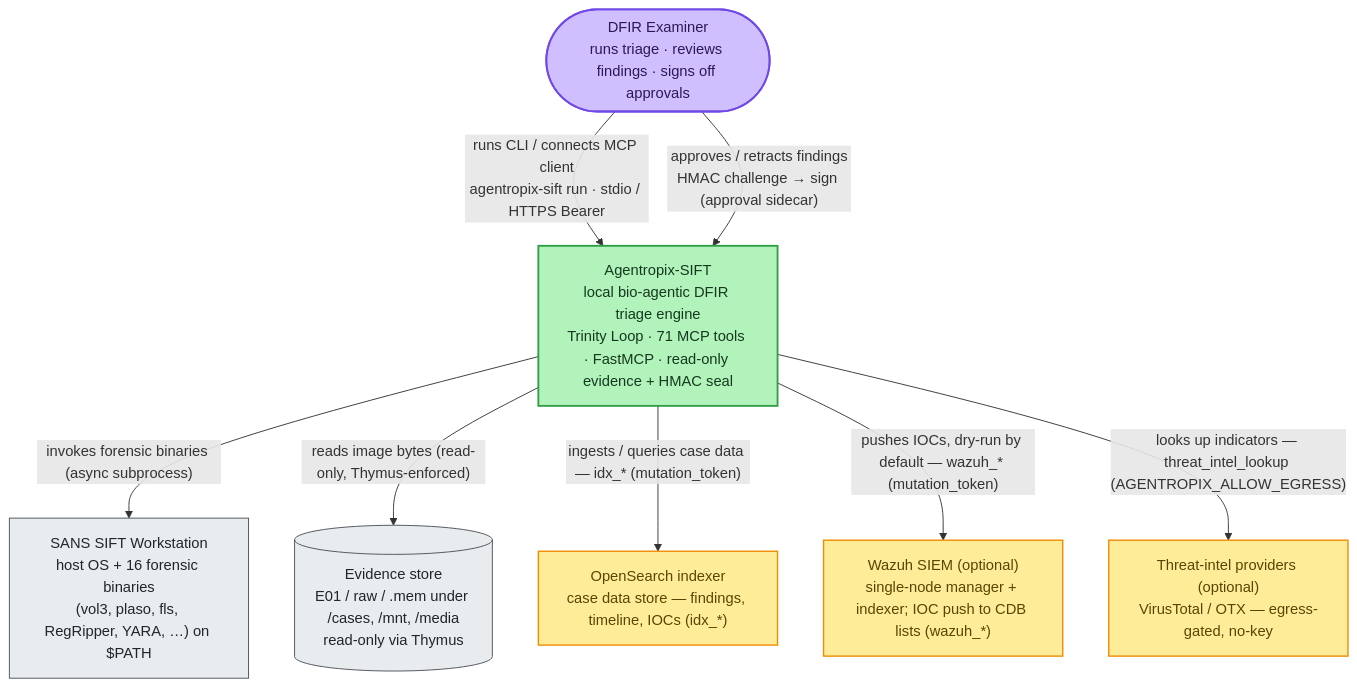
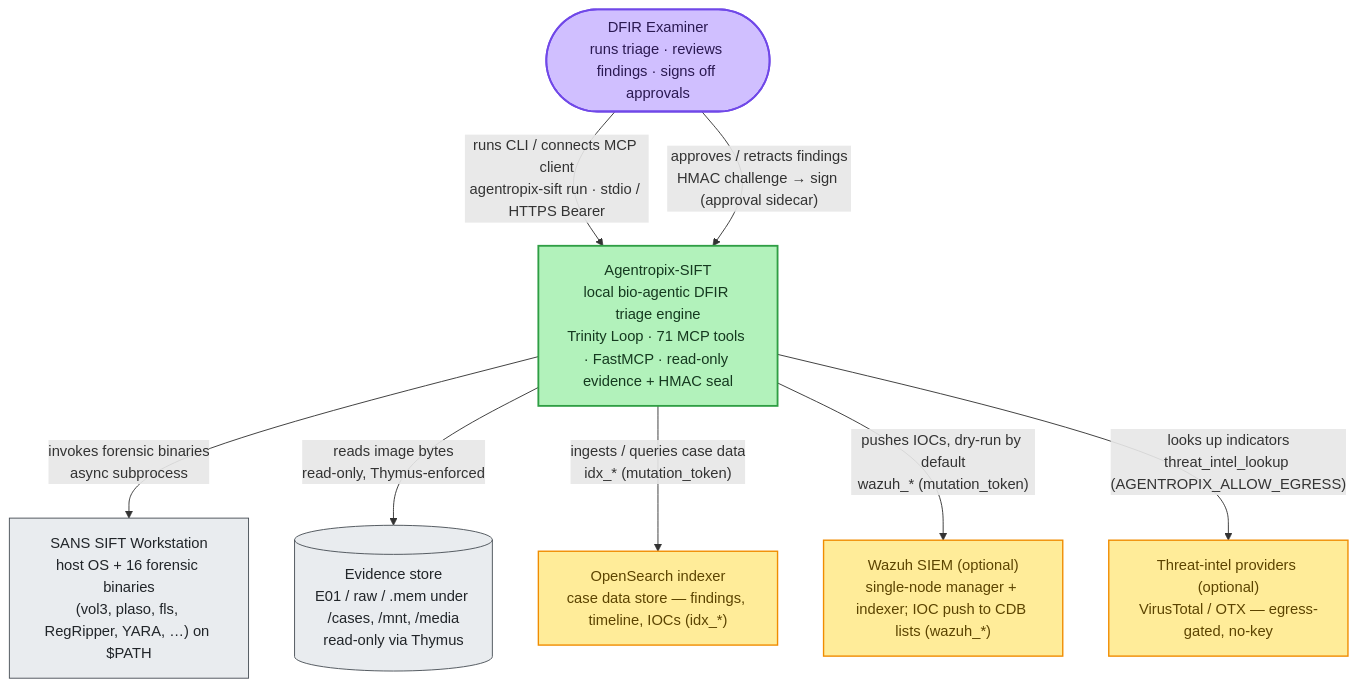
One commit to galvangabriel-web/agentropix-mcp changed the first of 3 diagrams in docs/02-architecture/system-context-c4.md. Above: the diagram before and after it, drawn with Mermaid. The commit also changed other lines of this file and 20 other files, not shown here.

First line of the commit message:
Diagram readability pass (workflow): redesign diagrams for size/clarity + audit log

````diff
--- a/docs/02-architecture/system-context-c4.md
+++ b/docs/02-architecture/system-context-c4.md
@@ -23,24 +23,24 @@
 ```mermaid
 flowchart TB
     classDef actor fill:#d0bfff,stroke:#7048e8,color:#2b1a52,stroke-width:2px
     classDef core fill:#b2f2bb,stroke:#2f9e44,color:#15391f,stroke-width:2px
     classDef ext fill:#e9ecef,stroke:#495057,color:#212529,stroke-width:1px
     classDef sink fill:#ffec99,stroke:#f08c00,color:#5c4400,stroke-width:1.5px
 
     Examiner(["DFIR Examiner<br/>runs triage · reviews findings · signs off approvals"]):::actor
     Agentropix["Agentropix-SIFT<br/>local bio-agentic DFIR triage engine<br/>Trinity Loop · 71 MCP tools · FastMCP · read-only evidence + HMAC seal"]:::core
 
     SIFT["SANS SIFT Workstation<br/>host OS + 16 forensic binaries<br/>(vol3, plaso, fls, RegRipper, YARA, …) on $PATH"]:::ext
     Evidence[("Evidence store<br/>E01 / raw / .mem under /cases, /mnt, /media<br/>read-only via Thymus")]:::ext
     OpenSearch["OpenSearch indexer<br/>case data store — findings, timeline, IOCs (idx_*)"]:::sink
     Wazuh["Wazuh SIEM (optional)<br/>single-node manager + indexer; IOC push to CDB lists (wazuh_*)"]:::sink
     Intel["Threat-intel providers (optional)<br/>VirusTotal / OTX — egress-gated, no-key"]:::sink
 
     Examiner -->|"runs CLI / connects MCP client<br/>agentropix-sift run · stdio / HTTPS Bearer"| Agentropix
     Examiner -->|"approves / retracts findings<br/>HMAC challenge → sign (approval sidecar)"| Agentropix
-    Agentropix -->|"invokes forensic binaries (async subprocess)"| SIFT
-    Agentropix -->|"reads image bytes (read-only, Thymus-enforced)"| Evidence
-    Agentropix -->|"ingests / queries case data — idx_* (mutation_token)"| OpenSearch
-    Agentropix -->|"pushes IOCs, dry-run by default — wazuh_* (mutation_token)"| Wazuh
-    Agentropix -->|"looks up indicators — threat_intel_lookup (AGENTROPIX_ALLOW_EGRESS)"| Intel
+    Agentropix -->|"invokes forensic binaries<br/>async subprocess"| SIFT
+    Agentropix -->|"reads image bytes<br/>read-only, Thymus-enforced"| Evidence
+    Agentropix -->|"ingests / queries case data<br/>idx_* (mutation_token)"| OpenSearch
+    Agentropix -->|"pushes IOCs, dry-run by default<br/>wazuh_* (mutation_token)"| Wazuh
+    Agentropix -->|"looks up indicators<br/>threat_intel_lookup (AGENTROPIX_ALLOW_EGRESS)"| Intel
 ```
````
